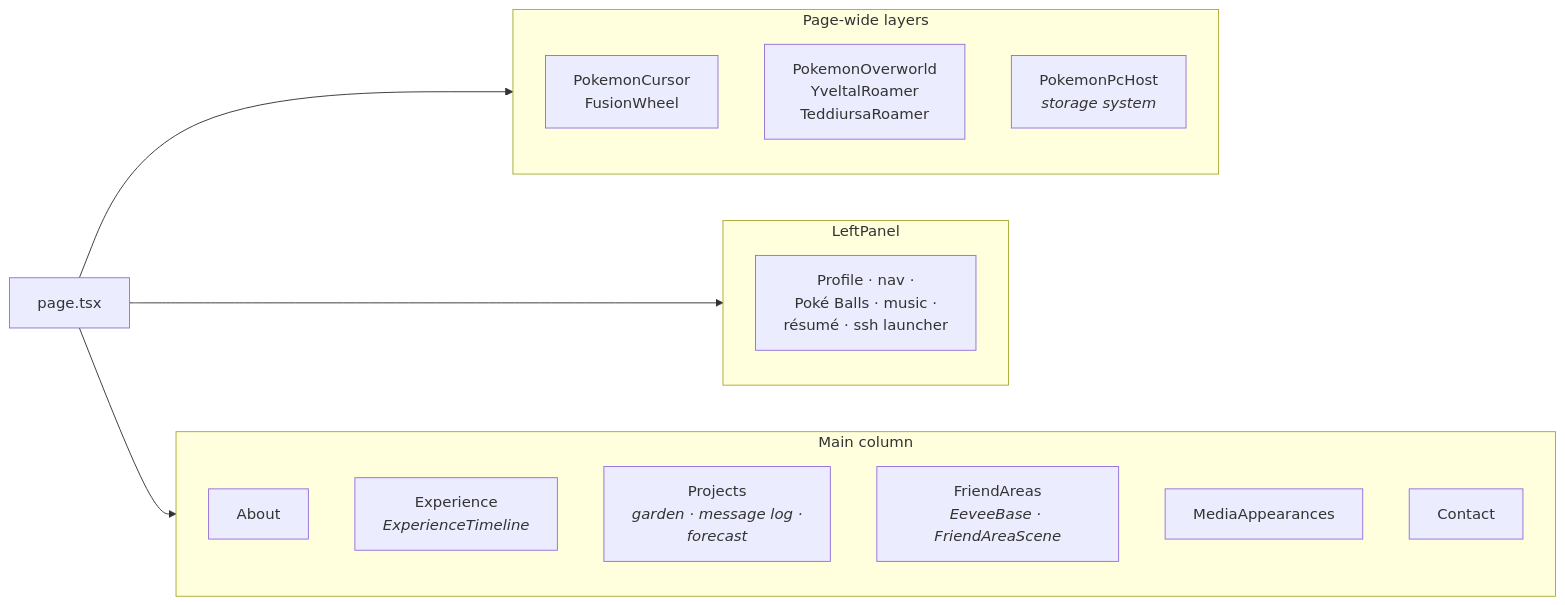
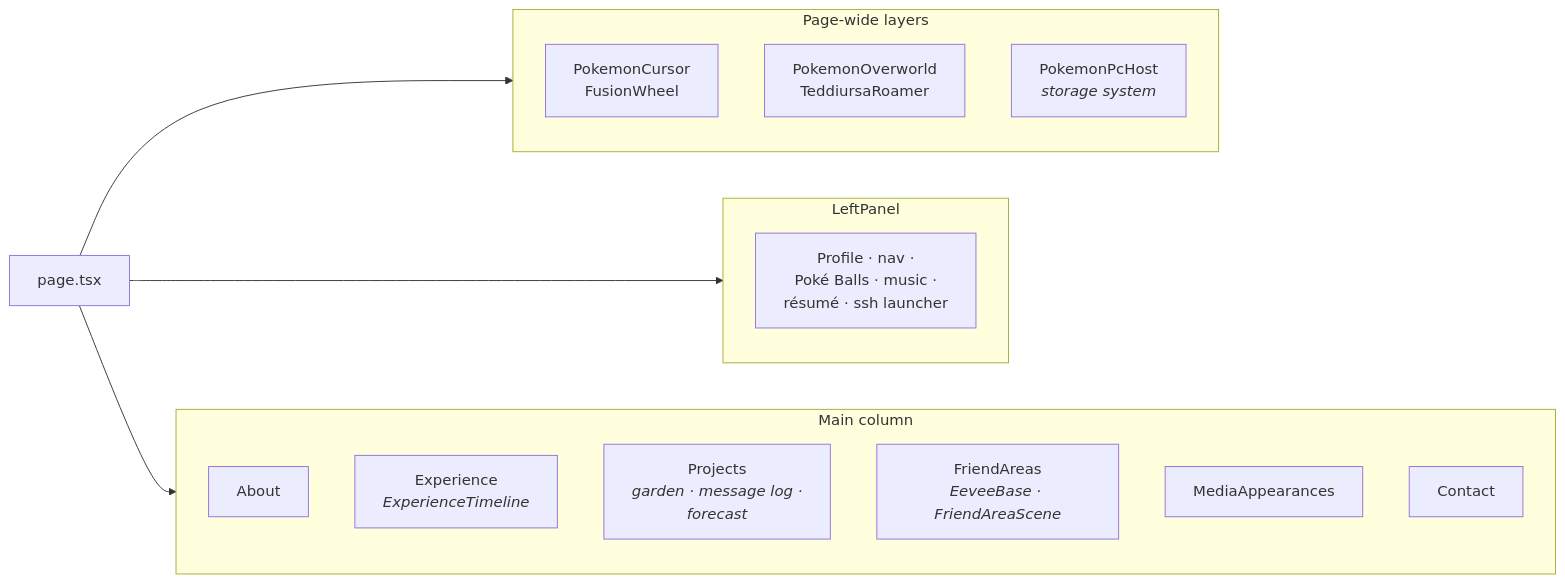
One commit to kevanwee/kevanwee changed the second of 4 diagrams in ARCHITECTURE.md. Above: the diagram before and after it, drawn with Mermaid. The commit also changed other lines of this file and 14 other files, not shown here.

````diff
--- a/ARCHITECTURE.md
+++ b/ARCHITECTURE.md
@@ -72,21 +70,21 @@
 ```mermaid
 flowchart LR
     page["page.tsx"]
     subgraph overlay["Page-wide layers"]
         cursor["PokemonCursor<br/>FusionWheel"]
-        roam["PokemonOverworld<br/>YveltalRoamer<br/>TeddiursaRoamer"]
+        roam["PokemonOverworld<br/>TeddiursaRoamer"]
         pc["PokemonPcHost<br/><i>storage system</i>"]
     end
     subgraph left["LeftPanel"]
         hero["Profile · nav ·<br/>Poké Balls · music ·<br/>résumé · ssh launcher"]
     end
     subgraph main["Main column"]
         about["About"]
         exp["Experience<br/><i>ExperienceTimeline</i>"]
         proj["Projects<br/><i>garden · message log ·<br/>forecast</i>"]
         fa["FriendAreas<br/><i>EeveeBase · FriendAreaScene</i>"]
         media["MediaAppearances"]
         contact["Contact"]
     end
     page --> overlay & left & main
 ```
````
